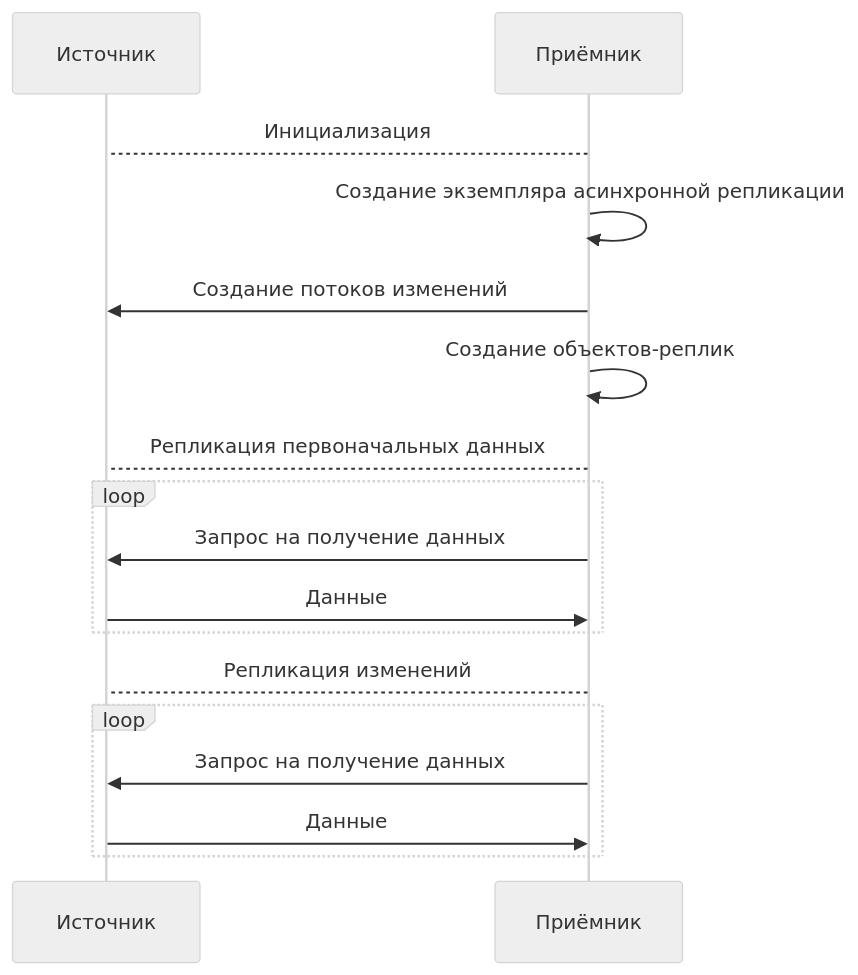
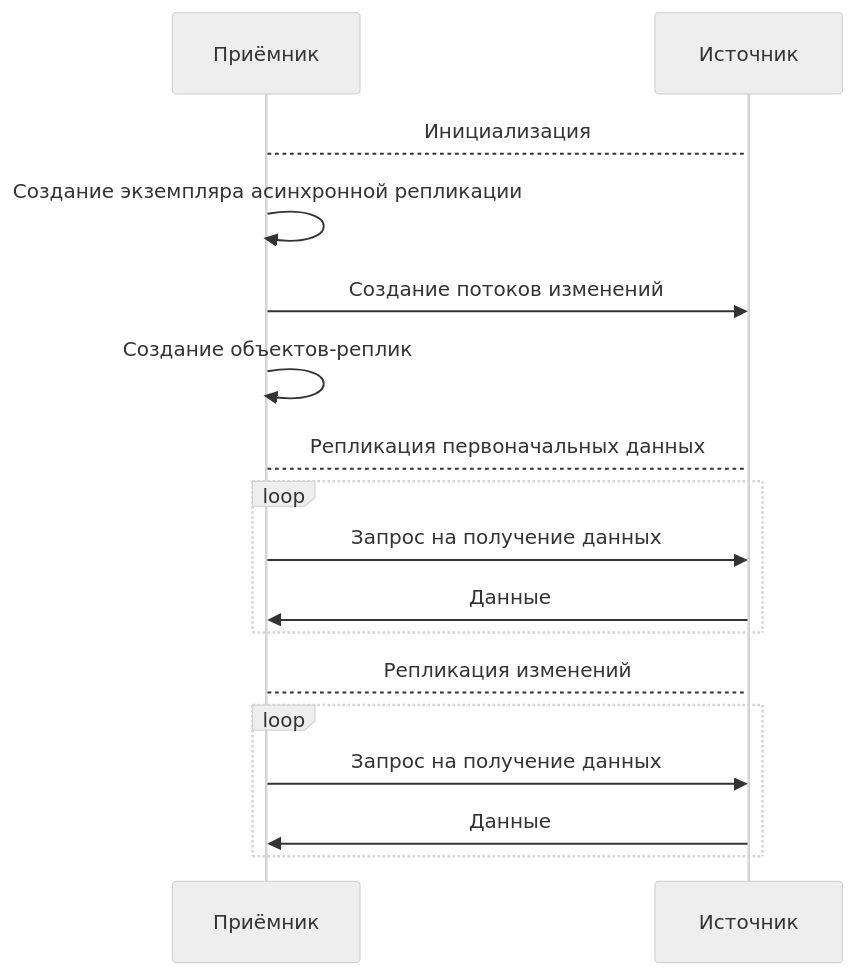
The diagram in ydb/docs/ru/core/concepts/async-replication.md (ydb-platform/ydb), drawn with Mermaid (neutral theme) before and after one commit. The commit also changed other lines of this file, not shown here.

````diff
--- a/ydb/docs/ru/core/concepts/async-replication.md
+++ b/ydb/docs/ru/core/concepts/async-replication.md
@@ -9,22 +9,22 @@
 ```mermaid
 sequenceDiagram
+  participant dst as Приёмник
   participant src as Источник
-  participant dst as Приёмник
 
   dst-->src: Инициализация
   dst->>dst: Создание экземпляра асинхронной репликации
   dst->>src: Создание потоков изменений
   dst->>dst: Создание объектов-реплик
 
   dst-->src: Репликация первоначальных данных
   loop
     dst->>src: Запрос на получение данных
     src->>dst: Данные
   end
 
   dst-->src: Репликация изменений
   loop
     dst->>src: Запрос на получение данных
     src->>dst: Данные
   end
 ```
````
